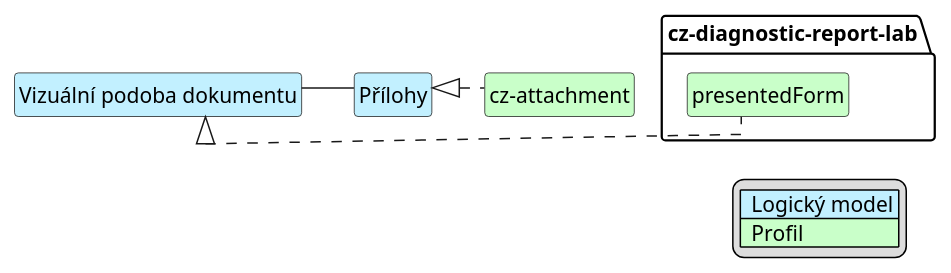
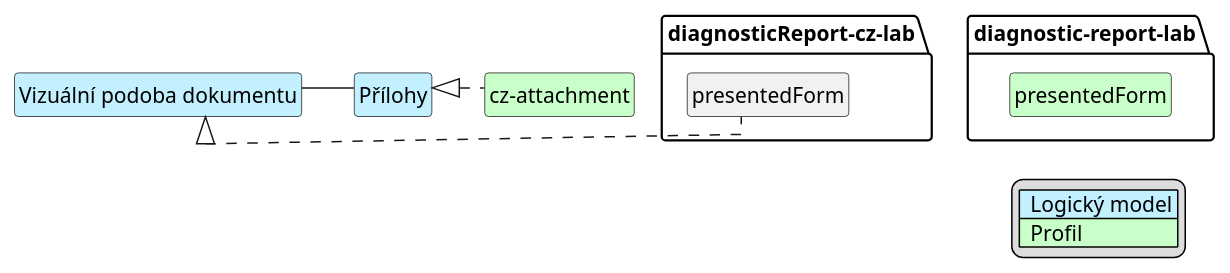
The diagram in input/images-source/labReportAttach-map-cs.plantuml (HL7-cz/cz-lab), drawn with PlantUML before and after one commit. The commit also changed 1 other file, not shown here.

```diff
--- a/input/images-source/labReportAttach-map-cs.plantuml
+++ b/input/images-source/labReportAttach-map-cs.plantuml
@@ -1,30 +1,30 @@
 @startuml labReportAttach-map-cs
 hide circle
 hide stereotype
 hide members
 hide methods
 skinparam linetype ortho
 skinparam class {
 BackgroundColor<<LogicalModel>> #APPLICATION
 BackgroundColor<<Profile>> #TECHNOLOGY
 }
 legend right
 | <#APPLICATION>  Logický model |
 | <#TECHNOLOGY>  Profil |
 endlegend
 
 class "Vizuální podoba dokumentu" <<LogicalModel>> [[StructureDefinition-LogPresentedFormCz.html]]
 class "Přílohy" <<LogicalModel>> [[StructureDefinition-LogAttachmentsCz.html]]
 
-class "cz-diagnostic-report-lab.presentedForm" <<Profile>> [[StructureDefinition-cz-diagnostic-report-lab.html]]
+class "diagnostic-report-lab.presentedForm" <<Profile>> [[StructureDefinition-diagnosticReport-cz-lab.html]]
 class "cz-attachment" <<Profile>> [[StructureDefinition-cz-attachment.html]]
 
 "Vizuální podoba dokumentu" -- "Přílohy"
-"Vizuální podoba dokumentu" <|. "cz-diagnostic-report-lab.presentedForm"
+"Vizuální podoba dokumentu" <|. "diagnosticReport-cz-lab.presentedForm"
 "Přílohy" <|. "cz-attachment"
 
 "Vizuální podoba dokumentu" -r[hidden]-> "Přílohy"
-"Vizuální podoba dokumentu" -d[hidden]-> "cz-diagnostic-report-lab.presentedForm"
+"Vizuální podoba dokumentu" -d[hidden]-> "diagnosticReport-cz-lab.presentedForm"
 "Přílohy" -d[hidden]-> "cz-attachment"
 
 @enduml
```
